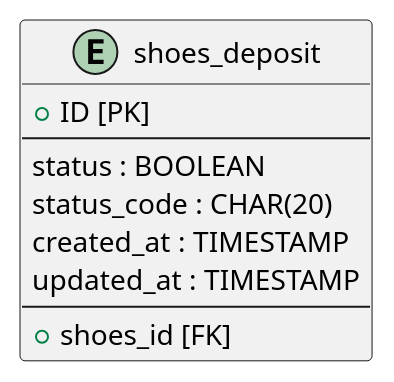
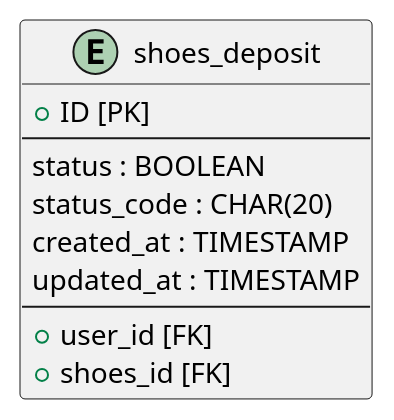
One commit to mybz-inc/sneaker changed the diagram in db/shoes_deposit.pu. Above: the diagram before and after it, drawn with PlantUML. The commit also changed 13 other files, not shown here.

```diff
--- a/db/shoes_deposit.pu
+++ b/db/shoes_deposit.pu
@@ -1,12 +1,13 @@
 @startuml shoes_deposit
 entity shoes_deposit {
   + ID [PK]
   --
   status : BOOLEAN
   status_code : CHAR(20)
   created_at : TIMESTAMP
   updated_at : TIMESTAMP
   --
+  + user_id [FK]
   + shoes_id [FK]
 }
 @enduml
```
